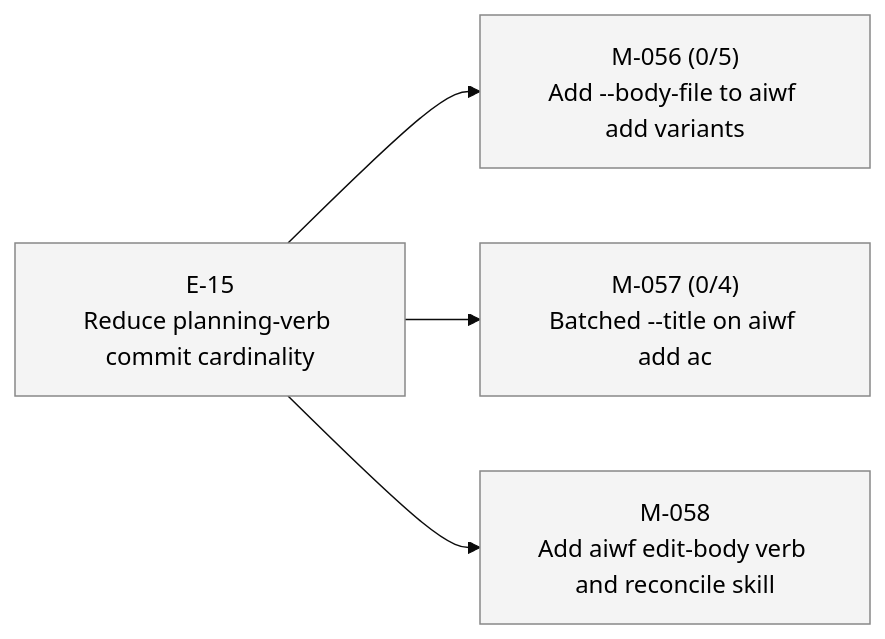
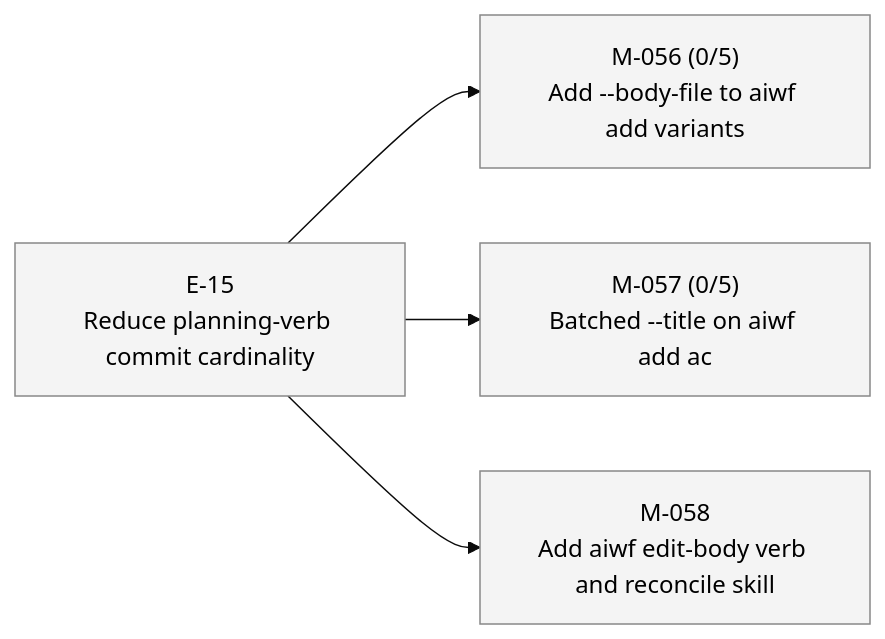
Before and after one commit to 23min/aiwf: the third of 3 diagrams in STATUS.md, drawn with Mermaid (base theme). The commit also changed other lines of this file and 1 other file, not shown here.

First line of the commit message:
aiwf add ac M-057/AC-5 "Single-title invocation continues to work unchanged"

````diff
--- a/STATUS.md
+++ b/STATUS.md
@@ -69,16 +69,16 @@
 ```mermaid
 flowchart LR
   E_15["E-15<br/>Reduce planning-verb commit cardinality"]:::epic_proposed
   M_056["M-056 (0/5)<br/>Add --body-file to aiwf add variants"]:::ms_draft
   E_15 --> M_056
-  M_057["M-057 (0/4)<br/>Batched --title on aiwf add ac"]:::ms_draft
+  M_057["M-057 (0/5)<br/>Batched --title on aiwf add ac"]:::ms_draft
   E_15 --> M_057
   M_058["M-058<br/>Add aiwf edit-body verb and reconcile skill"]:::ms_draft
   E_15 --> M_058
   classDef epic_active fill:#d6eaff,stroke:#1a73e8,color:#000
   classDef epic_proposed fill:#f4f4f4,stroke:#888,color:#000
   classDef ms_done fill:#d8f5d8,stroke:#2a8a2a,color:#000
   classDef ms_in_progress fill:#fff3c4,stroke:#caa400,color:#000
   classDef ms_draft fill:#f4f4f4,stroke:#888,color:#000
   classDef ms_cancelled fill:#fbeaea,stroke:#c33,color:#000
 ```
````
